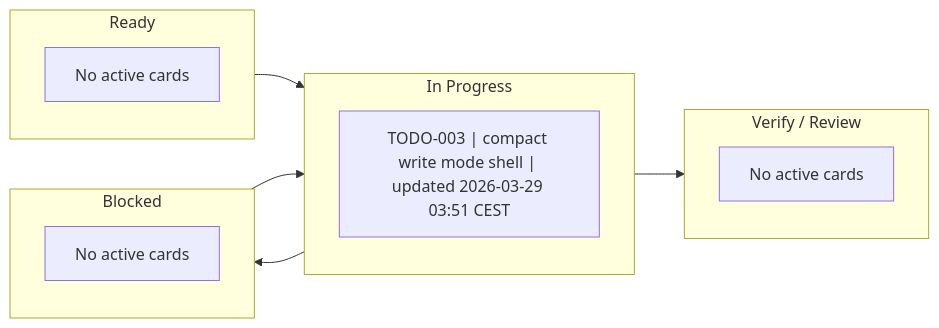
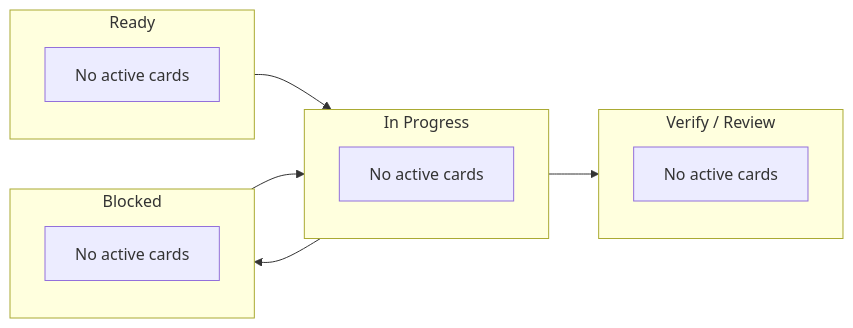
One commit to shomsy/step-by-step-animator changed the diagram in .agents/management/ACTIVE.md. Above: the diagram before and after it, drawn with Mermaid. The commit also changed 11 other files, not shown here.

Commit message:
feat: ship compact write mode workspace

````diff
--- a/.agents/management/ACTIVE.md
+++ b/.agents/management/ACTIVE.md
@@ -20,23 +20,23 @@
 ```mermaid
 flowchart LR
     subgraph Ready["Ready"]
         R0["No active cards"]
     end
 
     subgraph InProgress["In Progress"]
-        P0["TODO-003 | compact write mode shell | updated 2026-03-29 03:51 CEST"]
+        P0["No active cards"]
     end
 
     subgraph Blocked["Blocked"]
         B0["No active cards"]
     end
 
     subgraph Verify["Verify / Review"]
         V0["No active cards"]
     end
 
     Ready --> InProgress
     InProgress --> Verify
     InProgress --> Blocked
     Blocked --> InProgress
 ```
````
